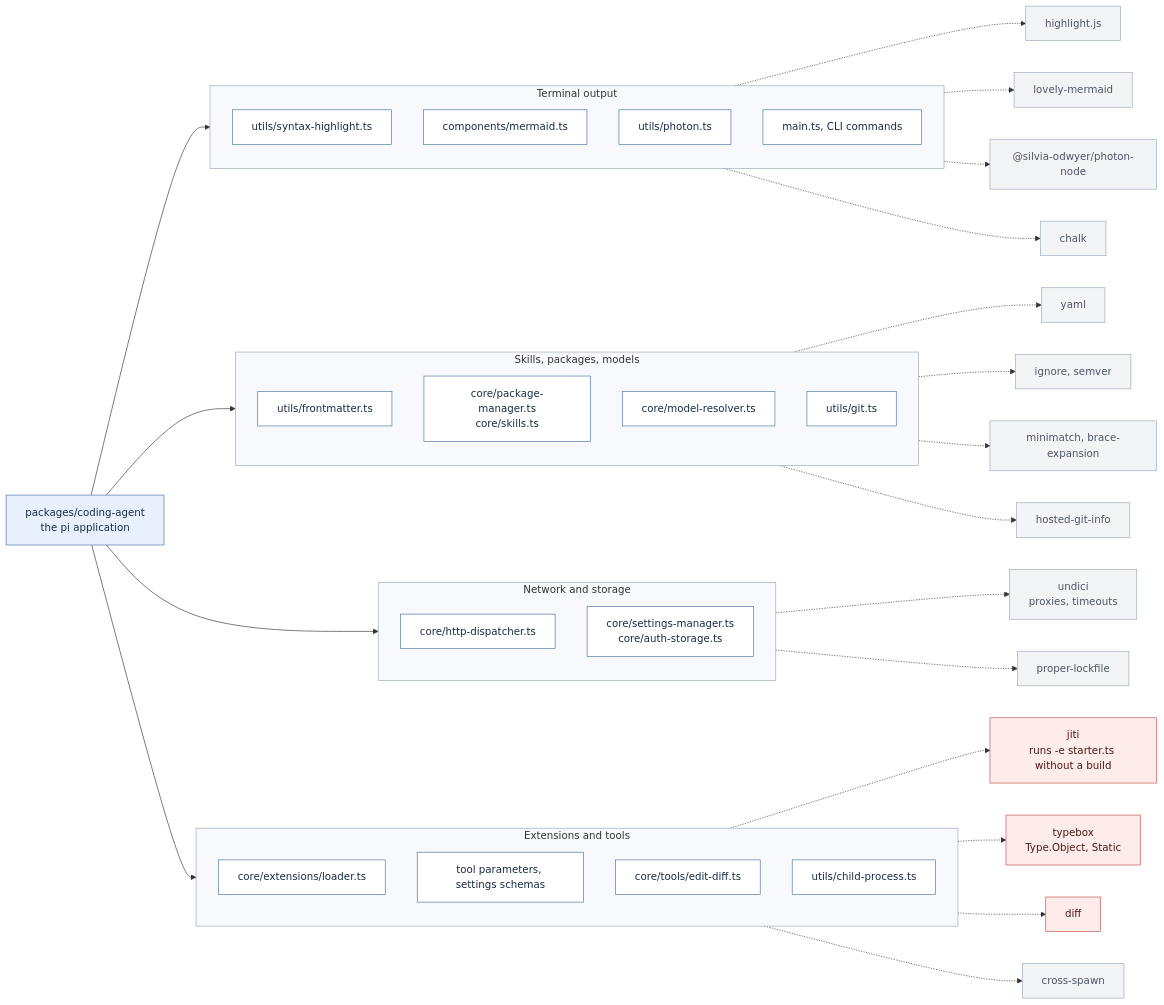
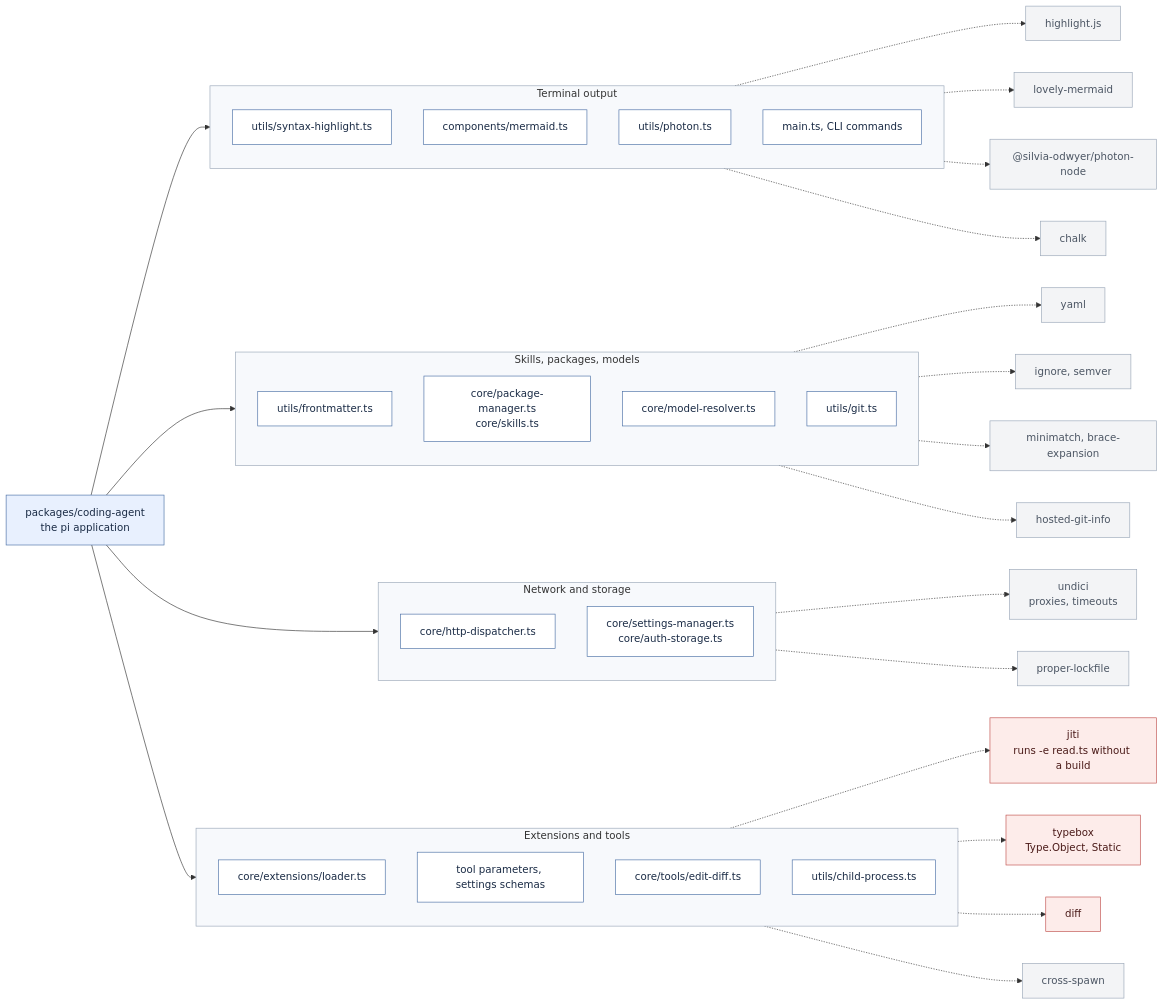
The diagram in assets/diagrams/package-coding-agent.mmd (windx987/pi-2), drawn with Mermaid before and after one commit. The commit also changed 16 other files, not shown here.

```diff
--- a/assets/diagrams/package-coding-agent.mmd
+++ b/assets/diagrams/package-coding-agent.mmd
@@ -1,59 +1,59 @@
 flowchart LR
     pkg["packages/coding-agent<br/>the pi application"]
     subgraph ext["Extensions and tools"]
         direction TB
         fLoader["core/extensions/loader.ts"]
         fSchemas["tool parameters, settings schemas"]
         fDiff["core/tools/edit-diff.ts"]
         fSpawn["utils/child-process.ts"]
     end
     subgraph net["Network and storage"]
         direction TB
         fHttp["core/http-dispatcher.ts"]
         fLock["core/settings-manager.ts<br/>core/auth-storage.ts"]
     end
     subgraph res["Skills, packages, models"]
         direction TB
         fFront["utils/frontmatter.ts"]
         fPkg["core/package-manager.ts<br/>core/skills.ts"]
         fModel["core/model-resolver.ts"]
         fGit["utils/git.ts"]
     end
     subgraph ui["Terminal output"]
         direction TB
         fHl["utils/syntax-highlight.ts"]
         fMer["components/mermaid.ts"]
         fImg["utils/photon.ts"]
         fCli["main.ts, CLI commands"]
     end
     pkg --> ext
     pkg --> net
     pkg --> res
     pkg --> ui
-    fLoader -.-> lJiti["jiti<br/>runs -e starter.ts without a build"]
+    fLoader -.-> lJiti["jiti<br/>runs -e read.ts without a build"]
     fSchemas -.-> lTb["typebox<br/>Type.Object, Static"]
     fDiff -.-> lDiff["diff"]
     fSpawn -.-> lSpawn["cross-spawn"]
     fHttp -.-> lUndici["undici<br/>proxies, timeouts"]
     fLock -.-> lLock["proper-lockfile"]
     fFront -.-> lYaml["yaml"]
     fPkg -.-> lPkg["ignore, semver"]
     fModel -.-> lGlob["minimatch, brace-expansion"]
     fGit -.-> lGit["hosted-git-info"]
     fHl -.-> lHl["highlight.js"]
     fMer -.-> lMer["lovely-mermaid"]
     fImg -.-> lImg["@silvia-odwyer/photon-node"]
     fCli -.-> lChalk["chalk"]
 
     classDef pkg fill:#e8f0fe,stroke:#4a6fa5,color:#1a2b45
     classDef file fill:#ffffff,stroke:#4a6fa5,color:#1a2b45
     classDef lib fill:#f3f4f6,stroke:#9aa7b8,color:#4b5563
     classDef key fill:#fdecea,stroke:#c0504d,color:#4a1a18
     class pkg pkg
     class fLoader,fSchemas,fDiff,fSpawn,fHttp,fLock,fFront,fPkg,fModel,fGit,fHl,fMer,fImg,fCli file
     class lSpawn,lUndici,lLock,lYaml,lPkg,lGlob,lGit,lHl,lMer,lImg,lChalk lib
     class lJiti,lTb,lDiff key
     style ext fill:#f7f9fc,stroke:#9aa7b8
     style net fill:#f7f9fc,stroke:#9aa7b8
     style res fill:#f7f9fc,stroke:#9aa7b8
     style ui fill:#f7f9fc,stroke:#9aa7b8
```
